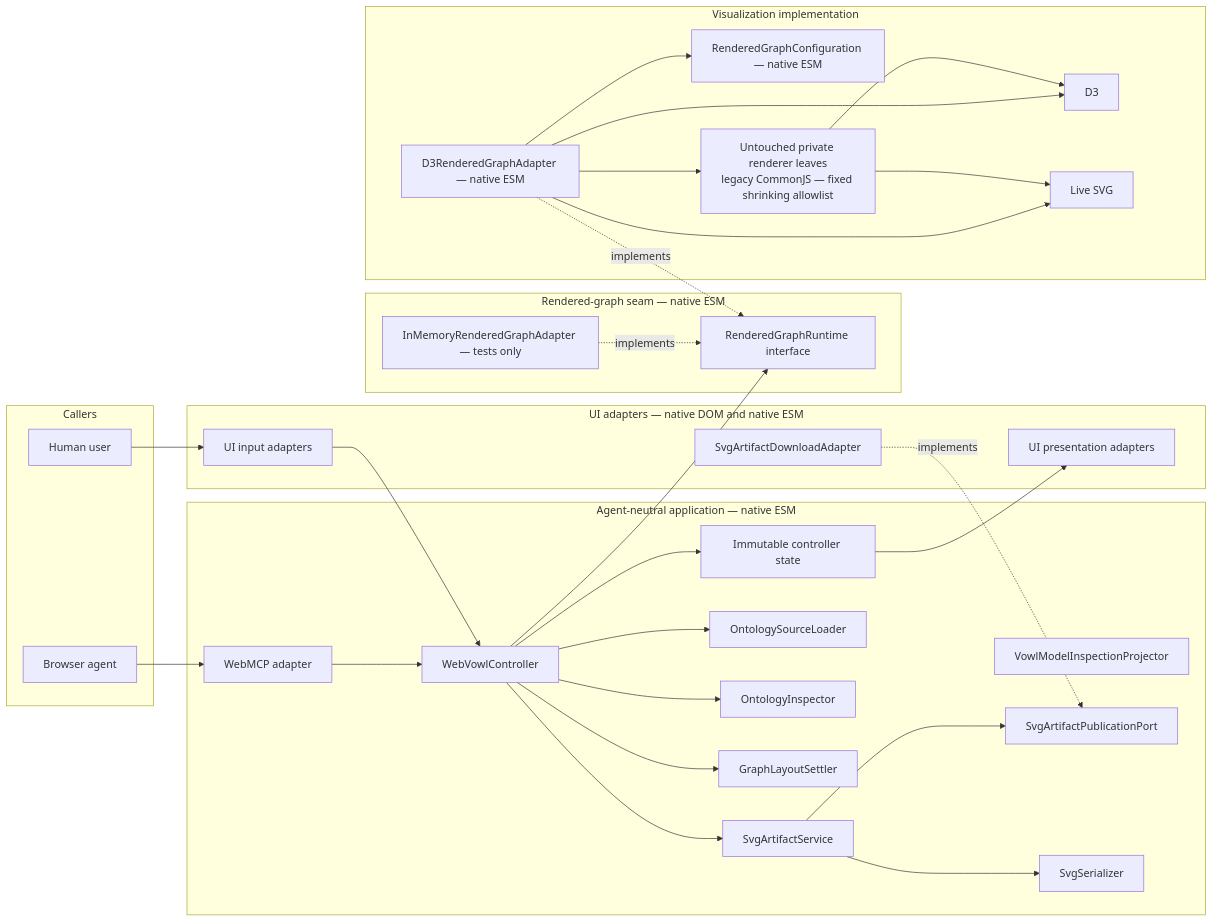
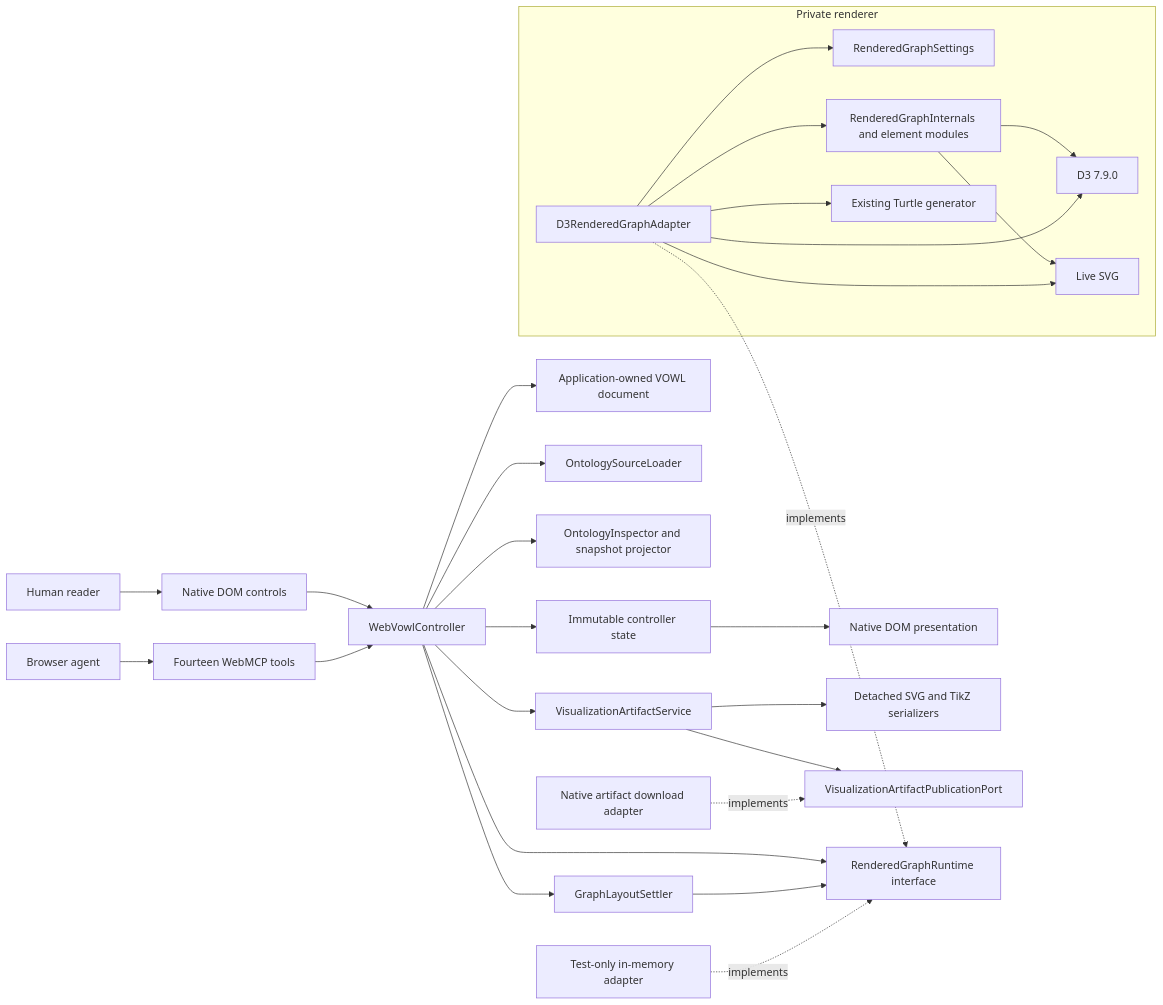
The diagram in docs/designs/2026-08-29-webmcp-integration.md (Hadden-Industries/webvowl), drawn with Mermaid before and after one commit. The commit also changed other lines of this file and 75 other files, not shown here.

````diff
--- a/docs/designs/2026-08-29-webmcp-integration.md
+++ b/docs/designs/2026-08-29-webmcp-integration.md
@@ -352,62 +352,36 @@
 ```mermaid
 flowchart LR
-    subgraph Callers[Callers]
-        Human[Human user]
-        Agent[Browser agent]
+    Human[Human reader] --> UI[Native DOM controls]
+    Agent[Browser agent] --> WebMCP[Fourteen WebMCP tools]
+    UI --> Controller[WebVowlController]
+    WebMCP --> Controller
+    Controller --> Document[Application-owned VOWL document]
+    Controller --> Loader[OntologySourceLoader]
+    Controller --> Inspector[OntologyInspector and snapshot projector]
+    Controller --> State[Immutable controller state]
+    State --> Presentation[Native DOM presentation]
+    Controller --> Settler[GraphLayoutSettler]
+    Controller --> Artifacts[VisualizationArtifactService]
+    Artifacts --> Serializers[Detached SVG and TikZ serializers]
+    Artifacts --> Publication[VisualizationArtifactPublicationPort]
+    Download[Native artifact download adapter] -. implements .-> Publication
+    Controller --> Runtime[RenderedGraphRuntime interface]
+    Settler --> Runtime
+    InMemory[Test-only in-memory adapter] -. implements .-> Runtime
+    subgraph PrivateRenderer[Private renderer]
+        Adapter[D3RenderedGraphAdapter]
+        Settings[RenderedGraphSettings]
+        Internals[RenderedGraphInternals and element modules]
+        Turtle[Existing Turtle generator]
+        D3[D3 7.9.0]
+        SVG[Live SVG]
+        Adapter --> Settings
+        Adapter --> Internals
+        Adapter --> Turtle
+        Internals --> D3
+        Internals --> SVG
+        Adapter --> D3
+        Adapter --> SVG
     end
-
-    subgraph UiAdapters[UI adapters — native DOM and native ESM]
-        UiInput[UI input adapters]
-        UiPresentation[UI presentation adapters]
-        SvgDownload[SvgArtifactDownloadAdapter]
-    end
-
-    subgraph Application[Agent-neutral application — native ESM]
-        WebMcp[WebMCP adapter]
-        Controller[WebVowlController]
-        ControllerState[Immutable controller state]
-        SourceLoader[OntologySourceLoader]
-        Projector[VowlModelInspectionProjector]
-        Inspector[OntologyInspector]
-        LayoutSettler[GraphLayoutSettler]
-        ArtifactService[SvgArtifactService]
-        ArtifactPublication[SvgArtifactPublicationPort]
-        SvgSerializer[SvgSerializer]
-    end
-
-    subgraph RuntimeSeam[Rendered-graph seam — native ESM]
-        Runtime[RenderedGraphRuntime interface]
-        InMemoryAdapter[InMemoryRenderedGraphAdapter — tests only]
-    end
-
-    subgraph Visualization[Visualization implementation]
-        D3Adapter[D3RenderedGraphAdapter — native ESM]
-        GraphConfiguration[RenderedGraphConfiguration — native ESM]
-        LegacyCjs[Untouched private renderer leaves<br/>legacy CommonJS — fixed shrinking allowlist]
-        D3[D3]
-        LiveSvg[Live SVG]
-    end
-
-    Human --> UiInput
-    Agent --> WebMcp
-    UiInput --> Controller
-    WebMcp --> Controller
-    Controller --> SourceLoader
-    Controller --> Inspector
-    Controller --> LayoutSettler
-    Controller --> ArtifactService
-    ArtifactService --> SvgSerializer
-    ArtifactService --> ArtifactPublication
-    Controller --> Runtime
-    Controller --> ControllerState
-    ControllerState --> UiPresentation
-    D3Adapter -.->|implements| Runtime
-    InMemoryAdapter -.->|implements| Runtime
-    SvgDownload -.->|implements| ArtifactPublication
-    D3Adapter --> GraphConfiguration
-    D3Adapter --> LegacyCjs
-    D3Adapter --> D3
-    D3Adapter --> LiveSvg
-    LegacyCjs --> D3
-    LegacyCjs --> LiveSvg
+    Adapter -. implements .-> Runtime
 ```
````
